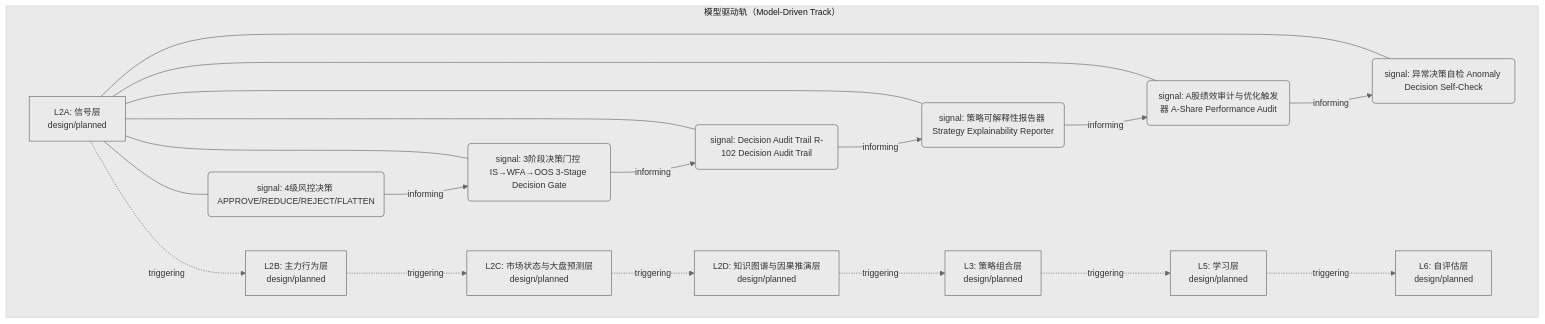
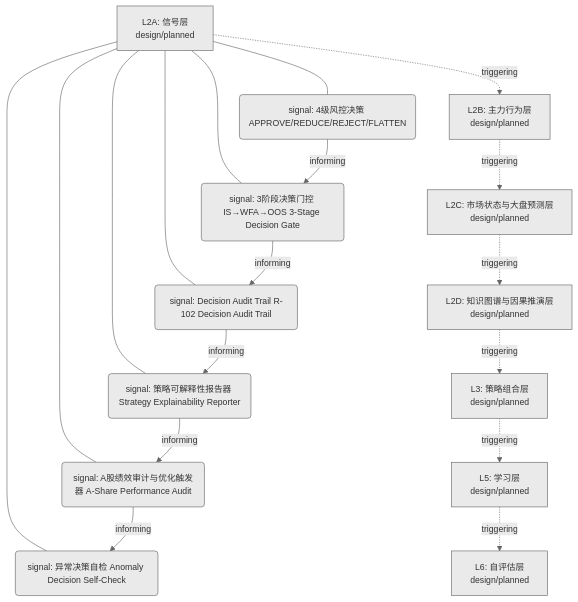
One commit to xuanFelixVan/ZephyrAlpha changed the first of 2 diagrams in docs/02_enterprise_architecture/06_decision_architecture/09_decision_l2a_research.md. Above: the diagram before and after it, drawn with Mermaid. The commit also changed other lines of this file and 20 other files, not shown here.

First line of the commit message:
fix(decision-diagram): _gen_overview_mmd 去掉 subgraph 修复节点白色+高度问题

````diff
--- a/docs/02_enterprise_architecture/06_decision_architecture/09_decision_l2a_research.md
+++ b/docs/02_enterprise_architecture/06_decision_architecture/09_decision_l2a_research.md
@@ -21,36 +21,34 @@
 ```mermaid
 %%{init: {'theme': 'base', 'themeVariables': {'primaryColor': '#eaeaea', 'primaryTextColor': '#333333', 'primaryBorderColor': '#666666', 'lineColor': '#666666', 'secondaryColor': '#eaeaea', 'tertiaryColor': '#eaeaea', 'fontSize': '14px'}}}%%
 flowchart TD
-    subgraph track_model_driven["模型驱动轨（Model-Driven Track）"]
-        LL2A["L2A: 信号层<br/>design/planned"]
-        N204("signal: 4级风控决策 APPROVE/REDUCE/REJECT/FLATTEN")
-        LL2A --- N204
-        N205("signal: 3阶段决策门控 IS→WFA→OOS 3-Stage Decision Gate")
-        LL2A --- N205
-        N206("signal: Decision Audit Trail R-102 Decision Audit Trail")
-        LL2A --- N206
-        N211("signal: 策略可解释性报告器 Strategy Explainability Reporter")
-        LL2A --- N211
-        N212("signal: A股绩效审计与优化触发器 A-Share Performance Audit")
-        LL2A --- N212
-        N213("signal: 异常决策自检 Anomaly Decision Self-Check")
-        LL2A --- N213
-        LL2B["L2B: 主力行为层<br/>design/planned"]
-        LL2C["L2C: 市场状态与大盘预测层<br/>design/planned"]
-        LL2D["L2D: 知识图谱与因果推演层<br/>design/planned"]
-        LL3["L3: 策略组合层<br/>design/planned"]
-        LL5["L5: 学习层<br/>design/planned"]
-        LL6["L6: 自评估层<br/>design/planned"]
-    end
+    LL2A["L2A: 信号层<br/>design/planned"]
+    N204("signal: 4级风控决策 APPROVE/REDUCE/REJECT/FLATTEN")
+    LL2A --- N204
+    N205("signal: 3阶段决策门控 IS→WFA→OOS 3-Stage Decision Gate")
+    LL2A --- N205
+    N206("signal: Decision Audit Trail R-102 Decision Audit Trail")
+    LL2A --- N206
+    N211("signal: 策略可解释性报告器 Strategy Explainability Reporter")
+    LL2A --- N211
+    N212("signal: A股绩效审计与优化触发器 A-Share Performance Audit")
+    LL2A --- N212
+    N213("signal: 异常决策自检 Anomaly Decision Self-Check")
+    LL2A --- N213
+    LL2B["L2B: 主力行为层<br/>design/planned"]
+    LL2C["L2C: 市场状态与大盘预测层<br/>design/planned"]
+    LL2D["L2D: 知识图谱与因果推演层<br/>design/planned"]
+    LL3["L3: 策略组合层<br/>design/planned"]
+    LL5["L5: 学习层<br/>design/planned"]
+    LL6["L6: 自评估层<br/>design/planned"]
     LL2A -.->|triggering| LL2B
     LL2B -.->|triggering| LL2C
     LL2C -.->|triggering| LL2D
     LL2D -.->|triggering| LL3
     LL3 -.->|triggering| LL5
     LL5 -.->|triggering| LL6
     N204 -->|informing| N205
     N205 -->|informing| N206
     N206 -->|informing| N211
     N211 -->|informing| N212
     N212 -->|informing| N213
 ```
````
